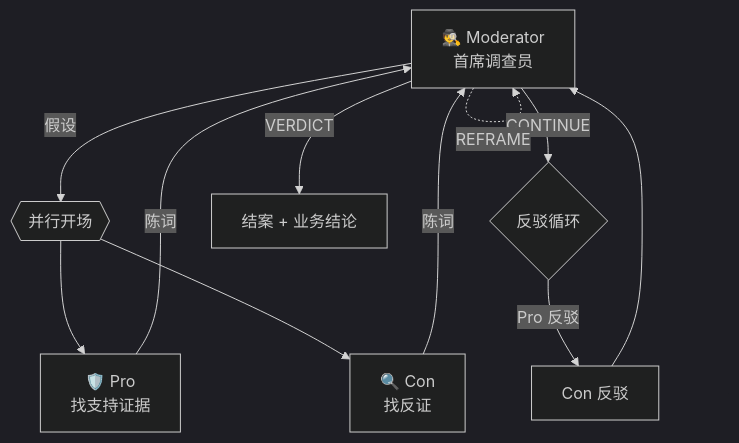
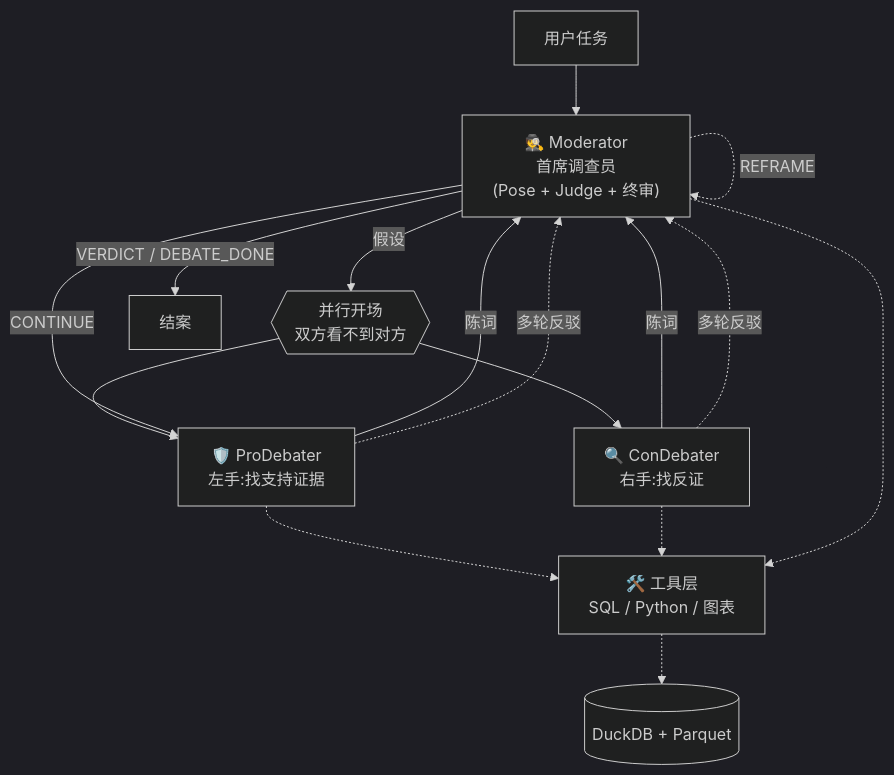
One commit to wjord2023/agent-debate-netsec changed the diagram in 辩论实录.md. Above: the diagram before and after it, drawn with Mermaid (dark theme). The commit also changed other lines of this file, not shown here.

First line of the commit message:
docs: add architecture intro before case studies in 辩论实录.md

````diff
--- a/辩论实录.md
+++ b/辩论实录.md
@@ -19,12 +31,17 @@
 ```mermaid
 flowchart TB
-    Mod["🕵️ Moderator<br/>首席调查员"] -->|假设| Par{{并行开场}}
-    Par --> Pro["🛡️ Pro<br/>找支持证据"]
-    Par --> Con["🔍 Con<br/>找反证"]
+    User[用户任务] --> Mod["🕵️ Moderator<br/>首席调查员<br/>(Pose + Judge + 终审)"]
+
+    Mod -->|假设| Par{{并行开场<br/>双方看不到对方}}
+    Par --> Pro["🛡️ ProDebater<br/>左手:找支持证据"]
+    Par --> Con["🔍 ConDebater<br/>右手:找反证"]
+
     Pro & Con -->|陈词| Mod
-    Mod -->|CONTINUE| Round{反驳循环}
-    Round -->|Pro 反驳| Round2[Con 反驳]
-    Round2 --> Mod
-    Mod -->|VERDICT| End[结案 + 业务结论]
+    Mod -->|CONTINUE| Pro
+    Pro & Con -.->|多轮反驳| Mod
+    Mod -->|VERDICT / DEBATE_DONE| Out[结案]
     Mod -.->|REFRAME| Mod
+
+    Pro & Con & Mod -.-> Tools["🛠️ 工具层<br/>SQL / Python / 图表"]
+    Tools -.-> DB[("DuckDB + Parquet")]
 ```
````
